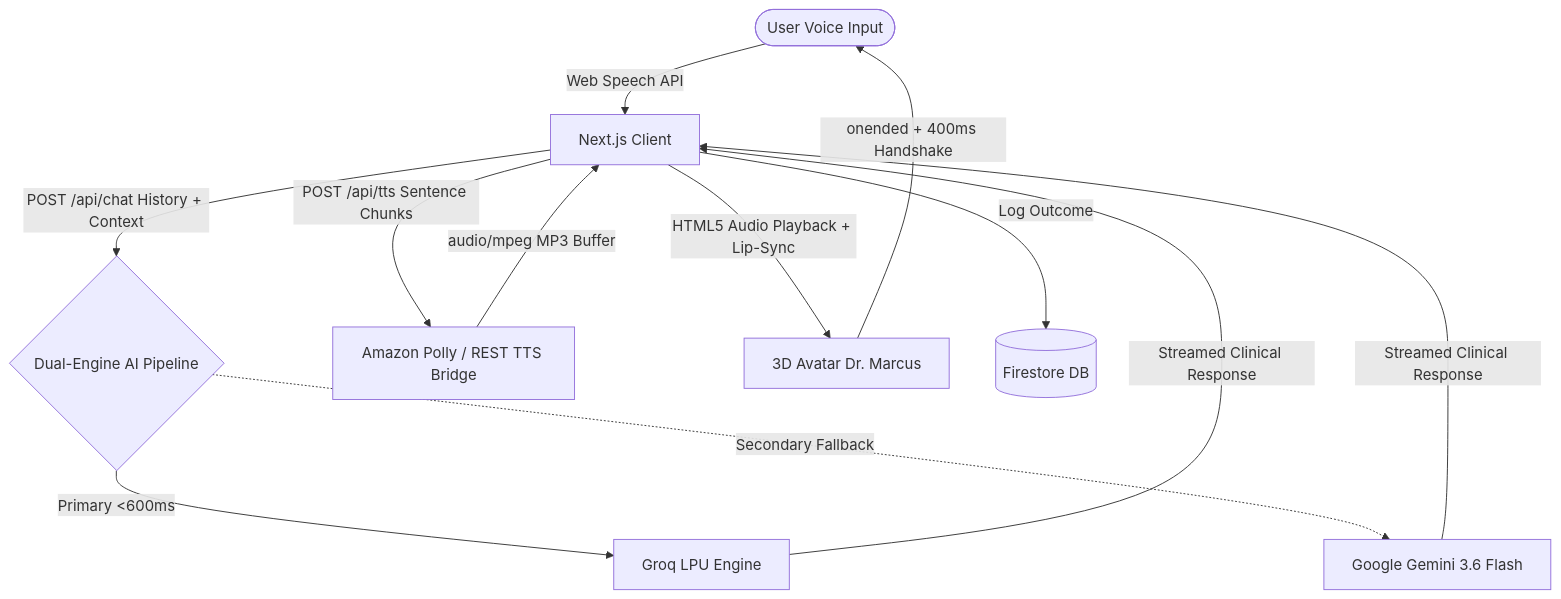
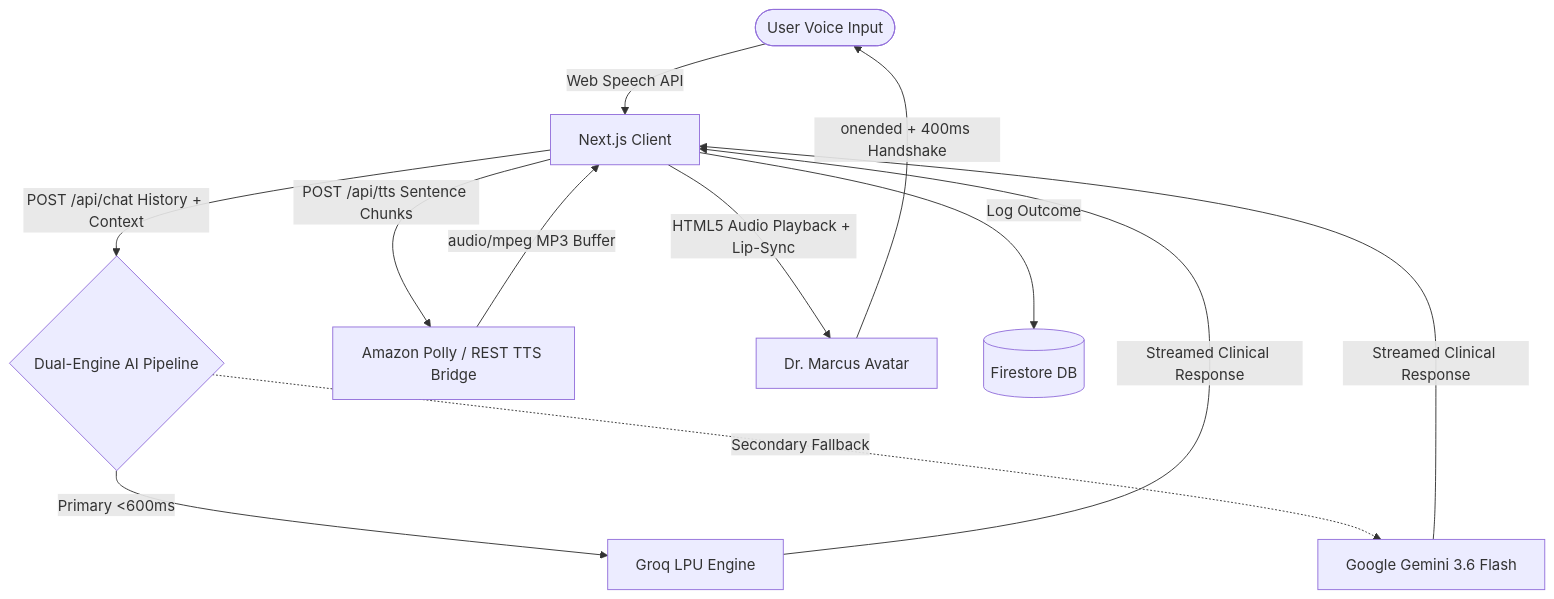
The diagram in README.md (sayakbhattasali/mind-reset-ai), drawn with Mermaid before and after one commit. The commit also changed other lines of this file and 2 other files, not shown here.

````diff
--- a/README.md
+++ b/README.md
@@ -59,14 +59,14 @@
 ```mermaid
 graph TD
     User([User Voice Input]) -->|Web Speech API| Client[Next.js Client]
     Client -->|POST /api/chat History + Context| Engine{Dual-Engine AI Pipeline}
     Engine -->|Primary <600ms| GroqServer[Groq LPU Engine]
     Engine -.->|Secondary Fallback| GeminiServer[Google Gemini 3.6 Flash]
     GroqServer -->|Streamed Clinical Response| Client
     GeminiServer -->|Streamed Clinical Response| Client
     Client -->|POST /api/tts Sentence Chunks| TTSAPI[Amazon Polly / REST TTS Bridge]
     TTSAPI -->|audio/mpeg MP3 Buffer| Client
-    Client -->|HTML5 Audio Playback + Lip-Sync| Avatar[3D Avatar Dr. Marcus]
+    Client -->|HTML5 Audio Playback + Lip-Sync| Avatar[Dr. Marcus Avatar]
     Avatar -->|onended + 400ms Handshake| User
     Client -->|Log Outcome| Firebase[(Firestore DB)]
 ```
````
